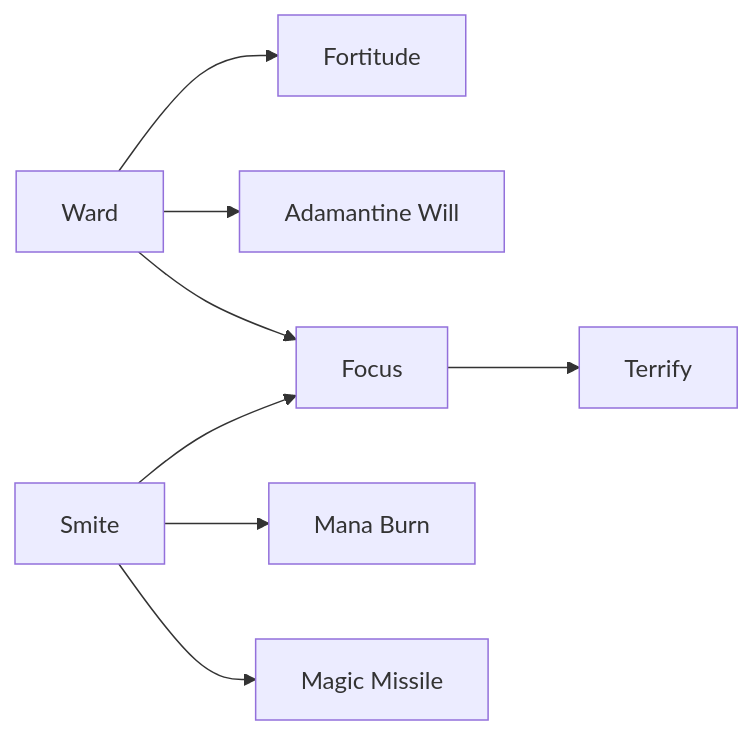
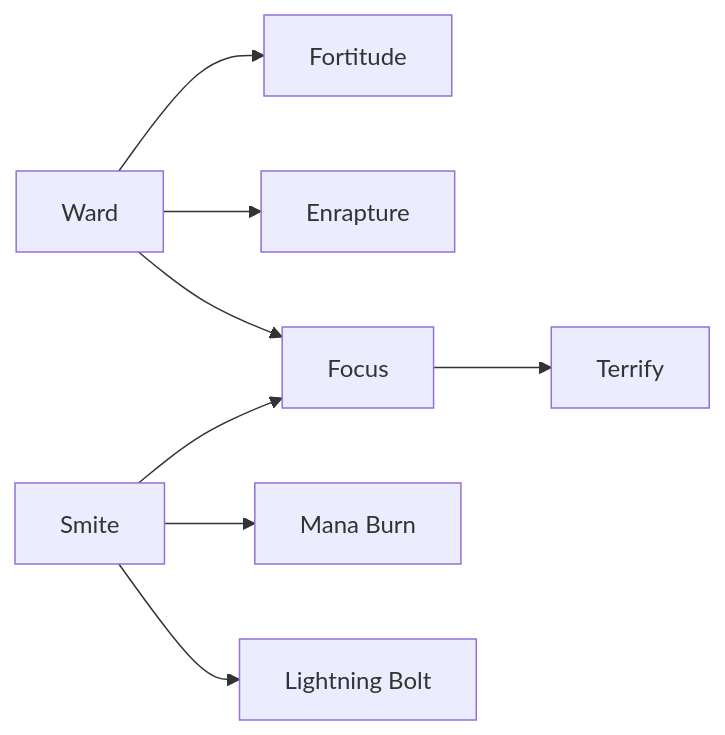
Diagram 16 of 17 in docs/xrpg-rules.md (rubypinkromance/xrpg), drawn with Mermaid before and after one commit. The commit also changed other lines of this file, not shown here.

````diff
--- a/docs/xrpg-rules.md
+++ b/docs/xrpg-rules.md
@@ -781,10 +803,10 @@
 ```mermaid
 flowchart LR
     Ward --> Fortitude
-    Ward --> Adamantine[Adamantine Will]
+    Ward --> Enrapture
     Ward --> Focus
     Smite --> Focus
     Focus --> Terrify
     Smite --> Burn[Mana Burn]
-    Smite --> Missile[Magic Missile]
+    Smite --> Lightning[Lightning Bolt]
 ```
````
